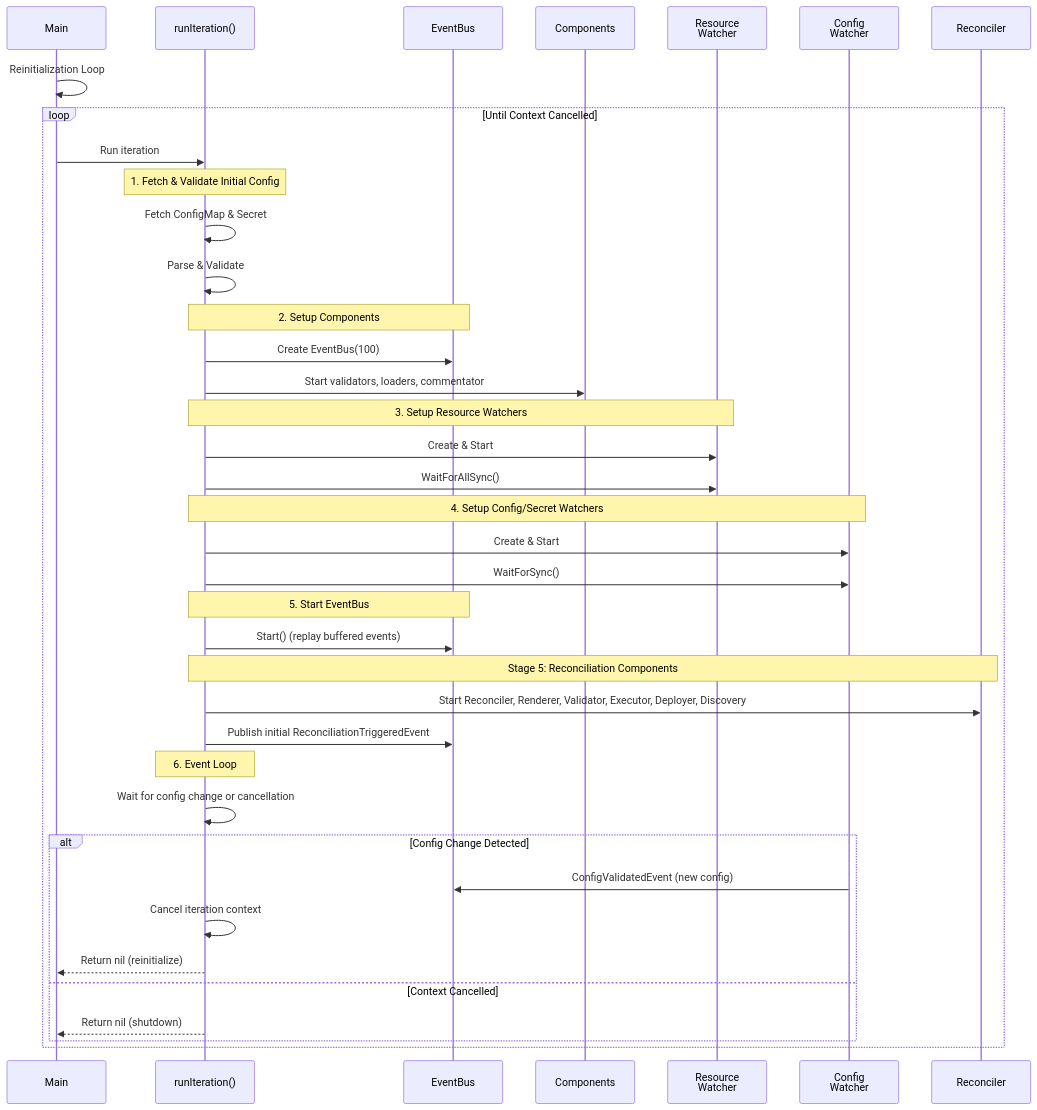
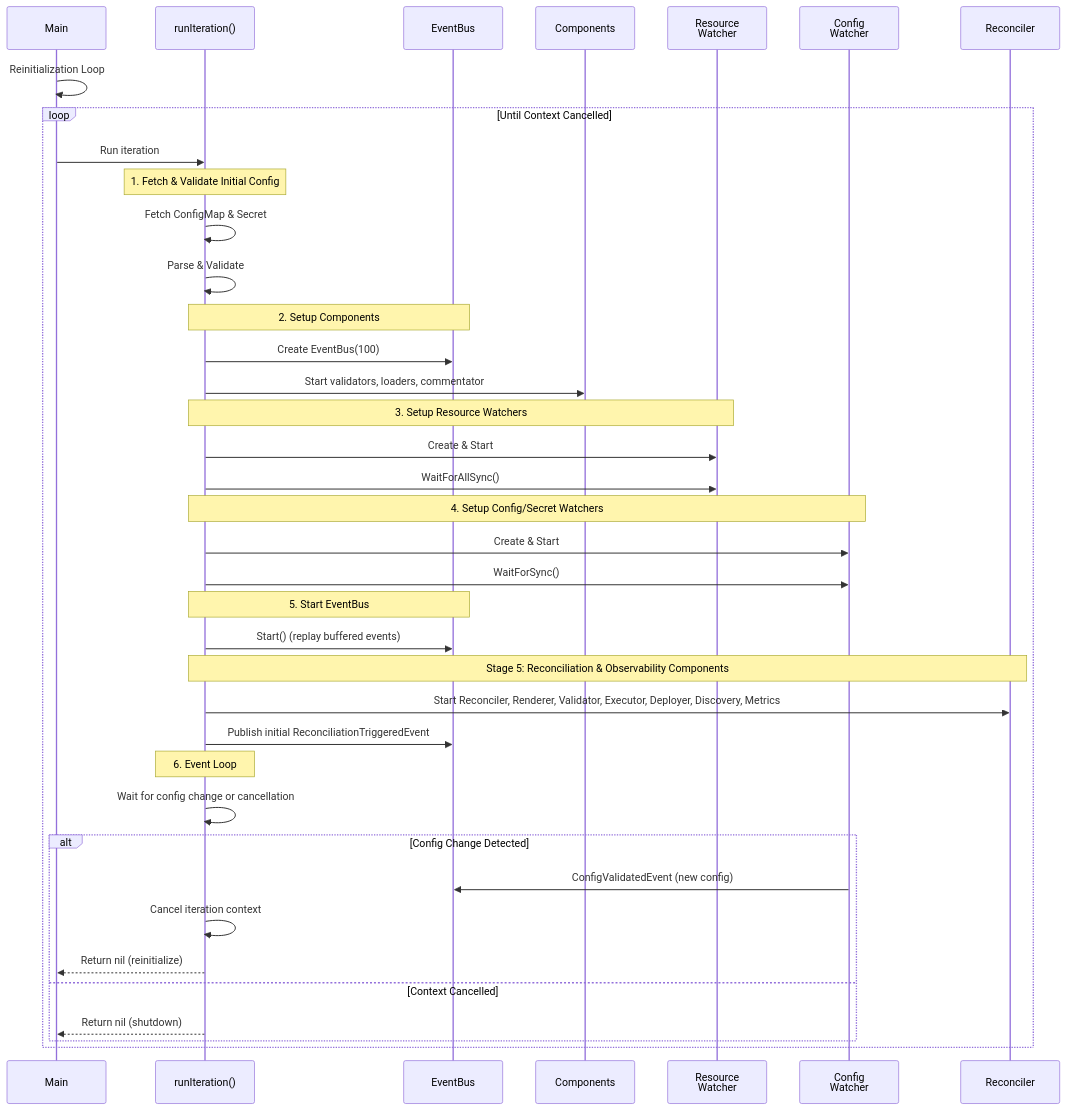
The fourth of 12 diagrams in docs/development/design.md (phihos/haproxy-template-ingress-controller), drawn with Mermaid before and after one commit. The commit also changed other lines of this file and 19 other files, not shown here.

````diff
--- a/docs/development/design.md
+++ b/docs/development/design.md
@@ -543,50 +564,50 @@
 ```mermaid
 sequenceDiagram
     participant Main
     participant Iteration as runIteration()
     participant EventBus
     participant Components
     participant ResourceWatcher as Resource<br/>Watcher
     participant ConfigWatcher as Config<br/>Watcher
     participant Reconciler
 
     Main->>Main: Reinitialization Loop
 
     loop Until Context Cancelled
         Main->>Iteration: Run iteration
 
         Note over Iteration: 1. Fetch & Validate Initial Config
         Iteration->>Iteration: Fetch ConfigMap & Secret
         Iteration->>Iteration: Parse & Validate
 
         Note over Iteration,EventBus: 2. Setup Components
         Iteration->>EventBus: Create EventBus(100)
         Iteration->>Components: Start validators, loaders, commentator
 
         Note over Iteration,ResourceWatcher: 3. Setup Resource Watchers
         Iteration->>ResourceWatcher: Create & Start
         Iteration->>ResourceWatcher: WaitForAllSync()
 
         Note over Iteration,ConfigWatcher: 4. Setup Config/Secret Watchers
         Iteration->>ConfigWatcher: Create & Start
         Iteration->>ConfigWatcher: WaitForSync()
 
         Note over Iteration,EventBus: 5. Start EventBus
         Iteration->>EventBus: Start() (replay buffered events)
 
-        Note over Iteration,Reconciler: Stage 5: Reconciliation Components
-        Iteration->>Reconciler: Start Reconciler, Renderer, Validator, Executor, Deployer, Discovery
+        Note over Iteration,Reconciler: Stage 5: Reconciliation & Observability Components
+        Iteration->>Reconciler: Start Reconciler, Renderer, Validator, Executor, Deployer, Discovery, Metrics
         Iteration->>EventBus: Publish initial ReconciliationTriggeredEvent
 
         Note over Iteration: 6. Event Loop
         Iteration->>Iteration: Wait for config change or cancellation
 
         alt Config Change Detected
             ConfigWatcher->>EventBus: ConfigValidatedEvent (new config)
             Iteration->>Iteration: Cancel iteration context
             Iteration-->>Main: Return nil (reinitialize)
         else Context Cancelled
             Iteration-->>Main: Return nil (shutdown)
         end
     end
 ```
````
